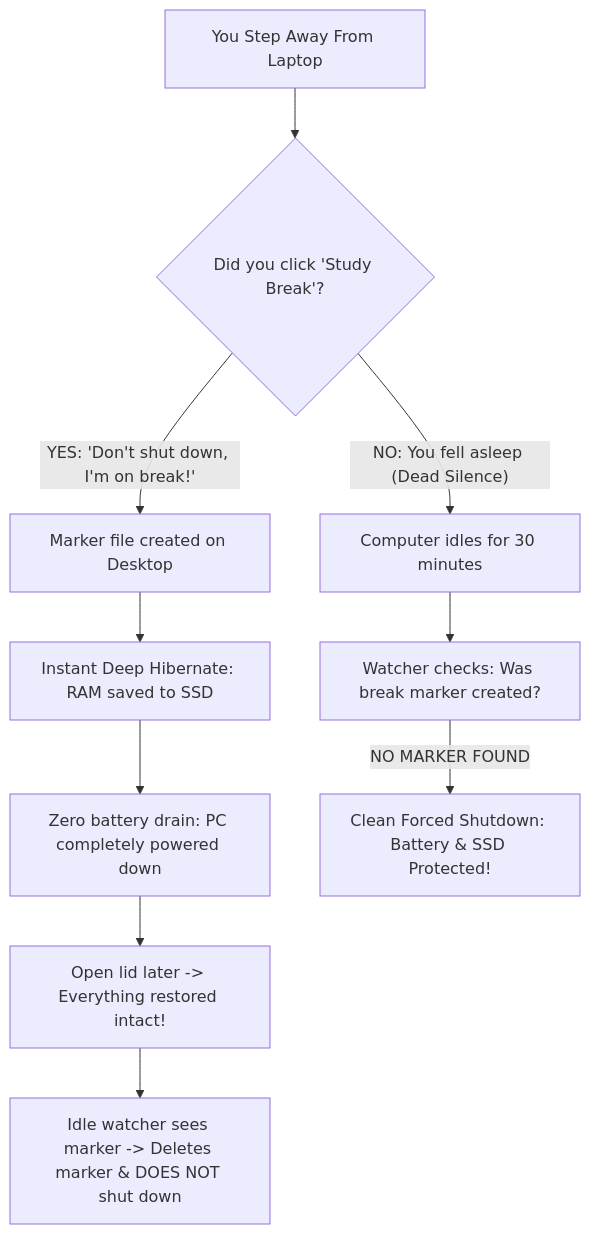
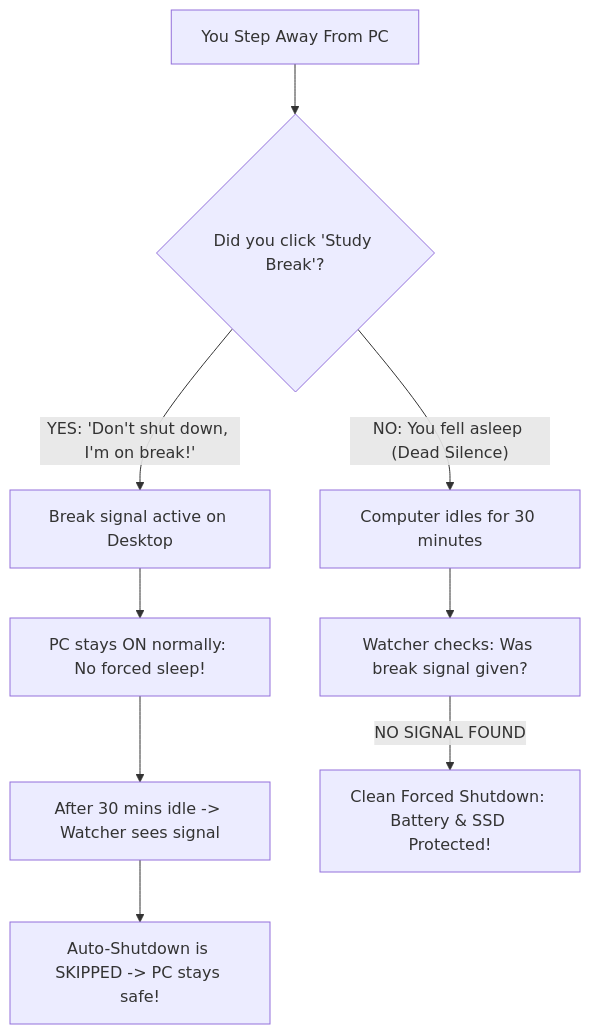
The diagram in README.md (OFFICIAL-ZXKTS/NightWatch), drawn with Mermaid before and after one commit. The commit also changed other lines of this file and 2 other files, not shown here.

Commit message:
feat: allow Study Break button to signal immunity without forcing sleep mode

````diff
--- a/README.md
+++ b/README.md
@@ -44,14 +42,13 @@
 ```mermaid
 graph TD
-    A[You Step Away From Laptop] --> B{Did you click 'Study Break'?}
+    A[You Step Away From PC] --> B{Did you click 'Study Break'?}
     
-    B -- YES: 'Don't shut down, I'm on break!' --> C[Marker file created on Desktop]
-    C --> D[Instant Deep Hibernate: RAM saved to SSD]
-    D --> E[Zero battery drain: PC completely powered down]
-    E --> F[Open lid later -> Everything restored intact!]
-    F --> G[Idle watcher sees marker -> Deletes marker & DOES NOT shut down]
+    B -- YES: 'Don't shut down, I'm on break!' --> C[Break signal active on Desktop]
+    C --> D[PC stays ON normally: No forced sleep!]
+    D --> E[After 30 mins idle -> Watcher sees signal]
+    E --> F[Auto-Shutdown is SKIPPED -> PC stays safe!]
 
-    B -- NO: You fell asleep (Dead Silence) --> H[Computer idles for 30 minutes]
-    H --> I[Watcher checks: Was break marker created?]
-    I -- NO MARKER FOUND --> J[Clean Forced Shutdown: Battery & SSD Protected!]
+    B -- NO: You fell asleep (Dead Silence) --> G[Computer idles for 30 minutes]
+    G --> H[Watcher checks: Was break signal given?]
+    H -- NO SIGNAL FOUND --> I[Clean Forced Shutdown: Battery & SSD Protected!]
 ```
````
